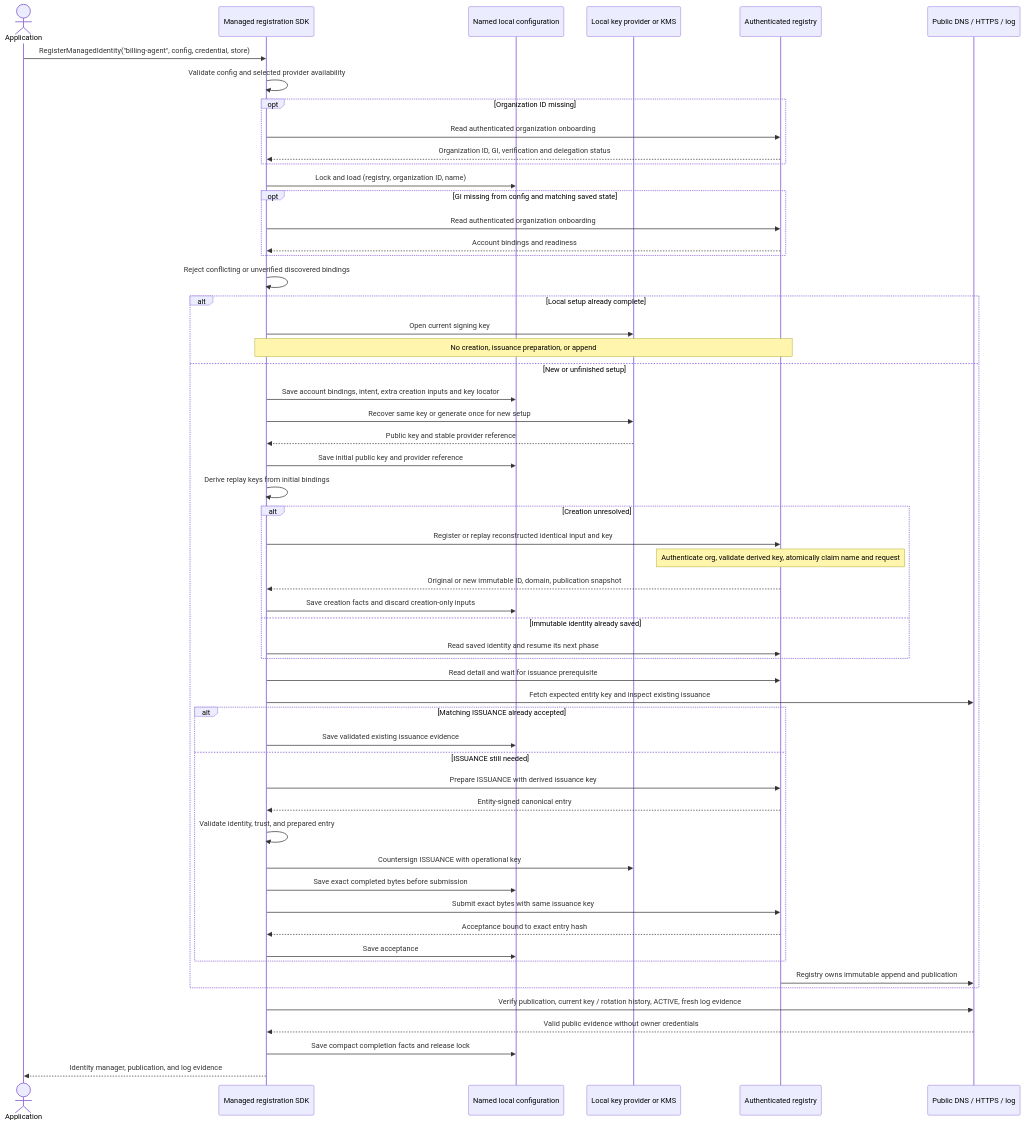
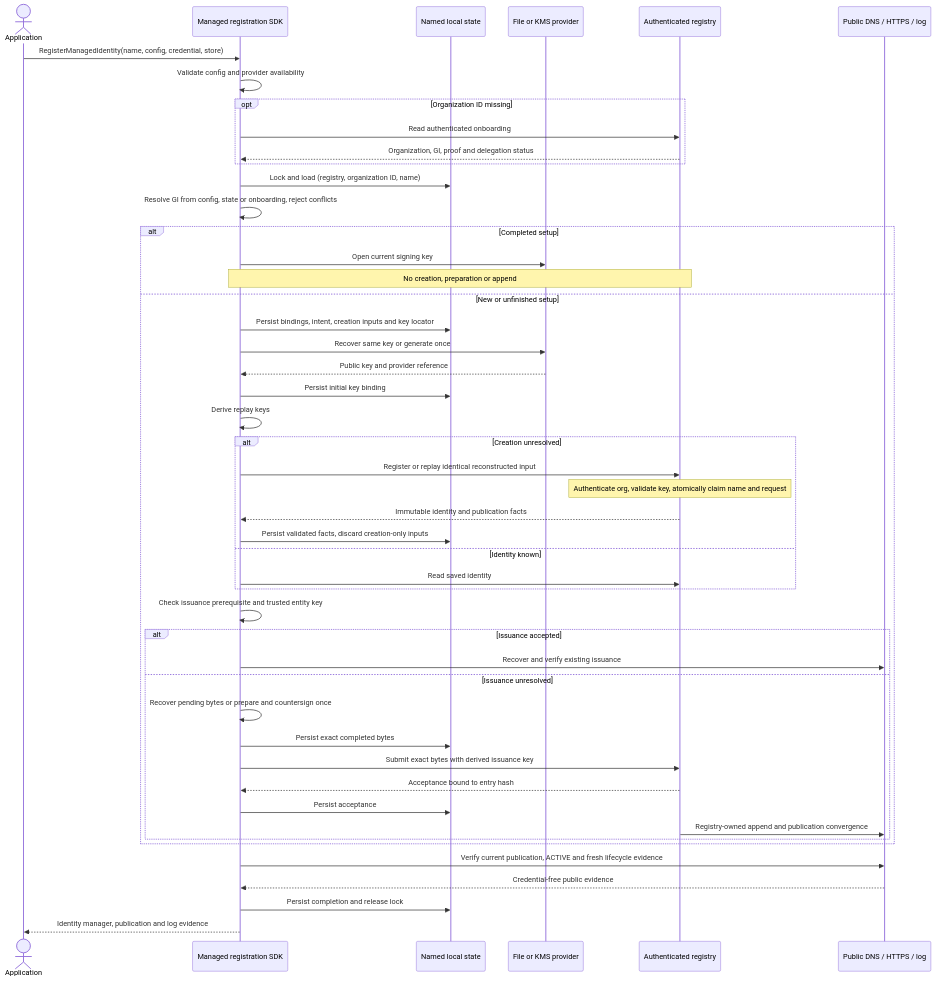
Before and after one commit to dnsid-ai/dnsid-sdk-compliance: the diagram in docs/managed-registration-server-requirements.md, drawn with Mermaid. The commit also changed other lines of this file and 8 other files, not shown here.

````diff
--- a/docs/managed-registration-server-requirements.md
+++ b/docs/managed-registration-server-requirements.md
@@ -33,59 +14,51 @@
 ```mermaid
 sequenceDiagram
     actor App as Application
     participant SDK as Managed registration SDK
-    participant State as Named local configuration
-    participant Keys as Local key provider or KMS
+    participant State as Named local state
+    participant Keys as File or KMS provider
     participant Registry as Authenticated registry
     participant Public as Public DNS / HTTPS / log
 
-    App->>SDK: RegisterManagedIdentity("billing-agent", config, credential, store)
-    SDK->>SDK: Validate config and selected provider availability
+    App->>SDK: RegisterManagedIdentity(name, config, credential, store)
+    SDK->>SDK: Validate config and provider availability
     opt Organization ID missing
-        SDK->>Registry: Read authenticated organization onboarding
-        Registry-->>SDK: Organization ID, GI, verification and delegation status
+        SDK->>Registry: Read authenticated onboarding
+        Registry-->>SDK: Organization, GI, proof and delegation status
     end
     SDK->>State: Lock and load (registry, organization ID, name)
-    opt GI missing from config and matching saved state
-        SDK->>Registry: Read authenticated organization onboarding
-        Registry-->>SDK: Account bindings and readiness
+    SDK->>SDK: Resolve GI from config, state or onboarding, reject conflicts
+    alt Completed setup
+        SDK->>Keys: Open current signing key
+        Note over SDK,Registry: No creation, preparation or append
+    else New or unfinished setup
+        SDK->>State: Persist bindings, intent, creation inputs and key locator
+        SDK->>Keys: Recover same key or generate once
+        Keys-->>SDK: Public key and provider reference
+        SDK->>State: Persist initial key binding
+        SDK->>SDK: Derive replay keys
+        alt Creation unresolved
+            SDK->>Registry: Register or replay identical reconstructed input
+            Note over Registry: Authenticate org, validate key, atomically claim name and request
+            Registry-->>SDK: Immutable identity and publication facts
+            SDK->>State: Persist validated facts, discard creation-only inputs
+        else Identity known
+            SDK->>Registry: Read saved identity
+        end
+        SDK->>SDK: Check issuance prerequisite and trusted entity key
+        alt Issuance accepted
+            SDK->>Public: Recover and verify existing issuance
+        else Issuance unresolved
+            SDK->>SDK: Recover pending bytes or prepare and countersign once
+            SDK->>State: Persist exact completed bytes
+            SDK->>Registry: Submit exact bytes with derived issuance key
+            Registry-->>SDK: Acceptance bound to entry hash
+            SDK->>State: Persist acceptance
+            Registry->>Public: Registry-owned append and publication convergence
+        end
     end
-    SDK->>SDK: Reject conflicting or unverified discovered bindings
-    alt Local setup already complete
-        SDK->>Keys: Open current signing key
-        Note over SDK,Registry: No creation, issuance preparation, or append
-    else New or unfinished setup
-        SDK->>State: Save account bindings, intent, extra creation inputs and key locator
-        SDK->>Keys: Recover same key or generate once for new setup
-        Keys-->>SDK: Public key and stable provider reference
-        SDK->>State: Save initial public key and provider reference
-        SDK->>SDK: Derive replay keys from initial bindings
-        alt Creation unresolved
-            SDK->>Registry: Register or replay reconstructed identical input and key
-            Note over Registry: Authenticate org, validate derived key, atomically claim name and request
-            Registry-->>SDK: Original or new immutable ID, domain, publication snapshot
-            SDK->>State: Save creation facts and discard creation-only inputs
-        else Immutable identity already saved
-            SDK->>Registry: Read saved identity and resume its next phase
-        end
-        SDK->>Registry: Read detail and wait for issuance prerequisite
-        SDK->>Public: Fetch expected entity key and inspect existing issuance
-        alt Matching ISSUANCE already accepted
-            SDK->>State: Save validated existing issuance evidence
-        else ISSUANCE still needed
-            SDK->>Registry: Prepare ISSUANCE with derived issuance key
-            Registry-->>SDK: Entity-signed canonical entry
-            SDK->>SDK: Validate identity, trust, and prepared entry
-            SDK->>Keys: Countersign ISSUANCE with operational key
-            SDK->>State: Save exact completed bytes before submission
-            SDK->>Registry: Submit exact bytes with same issuance key
-            Registry-->>SDK: Acceptance bound to exact entry hash
-            SDK->>State: Save acceptance
-        end
-        Registry->>Public: Registry owns immutable append and publication
-    end
-    SDK->>Public: Verify publication, current key / rotation history, ACTIVE, fresh log evidence
-    Public-->>SDK: Valid public evidence without owner credentials
-    SDK->>State: Save compact completion facts and release lock
-    SDK-->>App: Identity manager, publication, and log evidence
+    SDK->>Public: Verify current publication, ACTIVE and fresh lifecycle evidence
+    Public-->>SDK: Credential-free public evidence
+    SDK->>State: Persist completion and release lock
+    SDK-->>App: Identity manager, publication and log evidence
 ```
````
